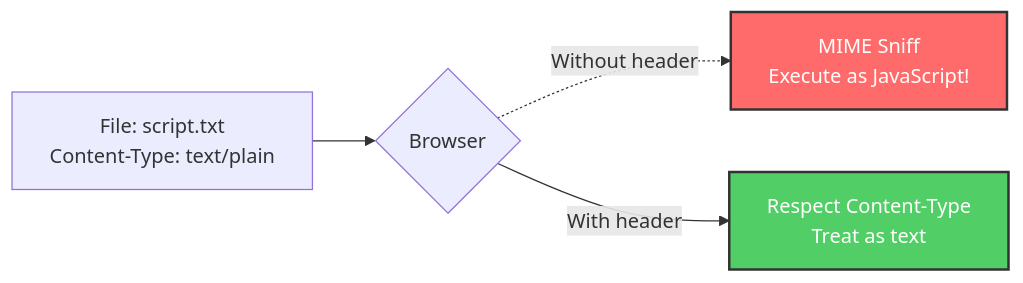
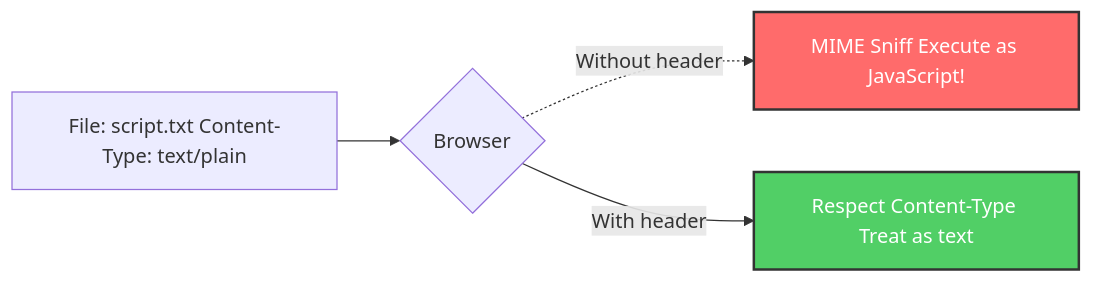
Before and after one commit to softwarewrighter/dev-proxy: diagram 12 of 17 in wiki/Security.md, drawn with Mermaid. The commit also changed other lines of this file and 6 other files, not shown here.

First line of the commit message:
Fix wiki Mermaid diagrams: remove <br/> tags

````diff
--- a/wiki/Security.md
+++ b/wiki/Security.md
@@ -376,12 +376,12 @@
 ```mermaid
 graph LR
-    File[File: script.txt<br/>Content-Type: text/plain]
+    File[File: script.txt Content-Type: text/plain]
 
     File --> Browser{Browser}
 
-    Browser -.->|Without header| Sniff[MIME Sniff<br/>Execute as JavaScript!]
-    Browser -->|With header| Respect[Respect Content-Type<br/>Treat as text]
+    Browser -.->|Without header| Sniff[MIME Sniff Execute as JavaScript!]
+    Browser -->|With header| Respect[Respect Content-Type Treat as text]
 
     style Sniff fill:#ff6b6b,stroke:#333,stroke-width:2px,color:#fff
     style Respect fill:#51cf66,stroke:#333,stroke-width:2px,color:#fff
 ```
````
